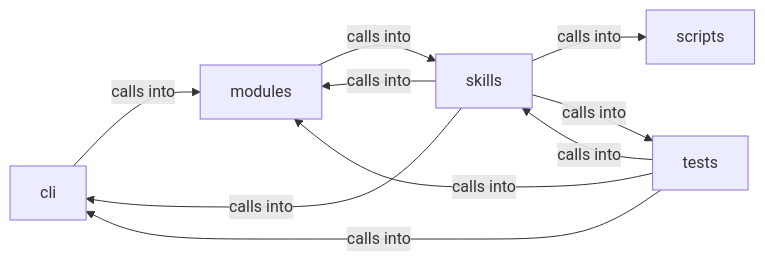
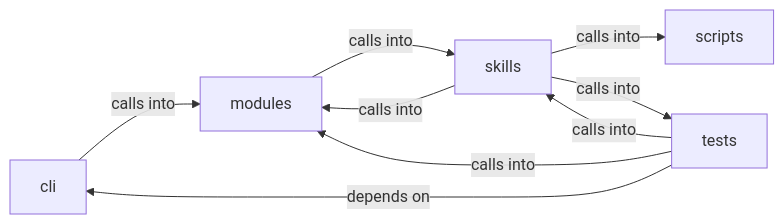
The diagram in readmenator-diagrams/skills_mcp_tools.md (grisuno/LazyOwn), drawn with Mermaid before and after one commit. The commit also changed other lines of this file and 434 other files, not shown here.

````diff
--- a/readmenator-diagrams/skills_mcp_tools.md
+++ b/readmenator-diagrams/skills_mcp_tools.md
@@ -5,17 +5,16 @@
 ```mermaid
 graph LR
     cli["cli"]
     modules["modules"]
     scripts["scripts"]
     skills["skills"]
     tests["tests"]
     cli -- "calls into" --> modules
     modules -- "calls into" --> skills
-    skills -- "calls into" --> cli
     skills -- "calls into" --> modules
     skills -- "calls into" --> scripts
     skills -- "calls into" --> tests
-    tests -- "calls into" --> cli
+    tests -- "depends on" --> cli
     tests -- "calls into" --> modules
     tests -- "calls into" --> skills
 ```
````
